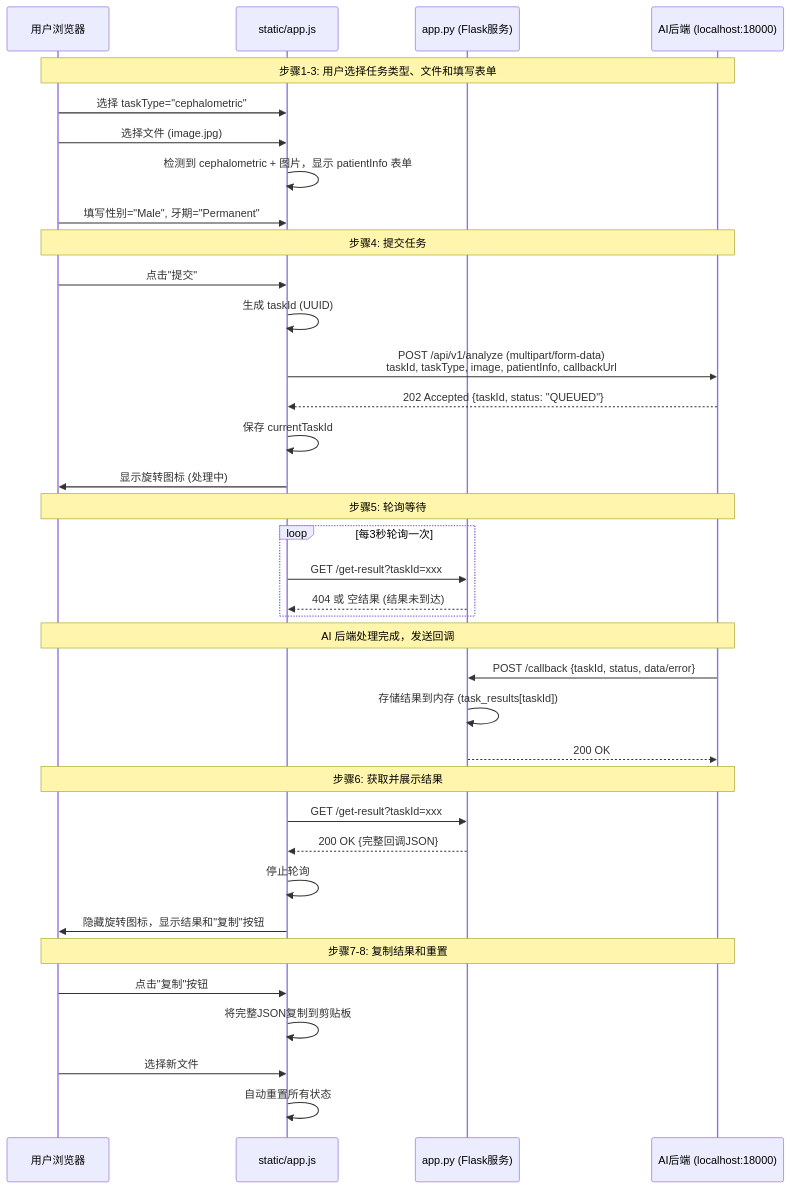
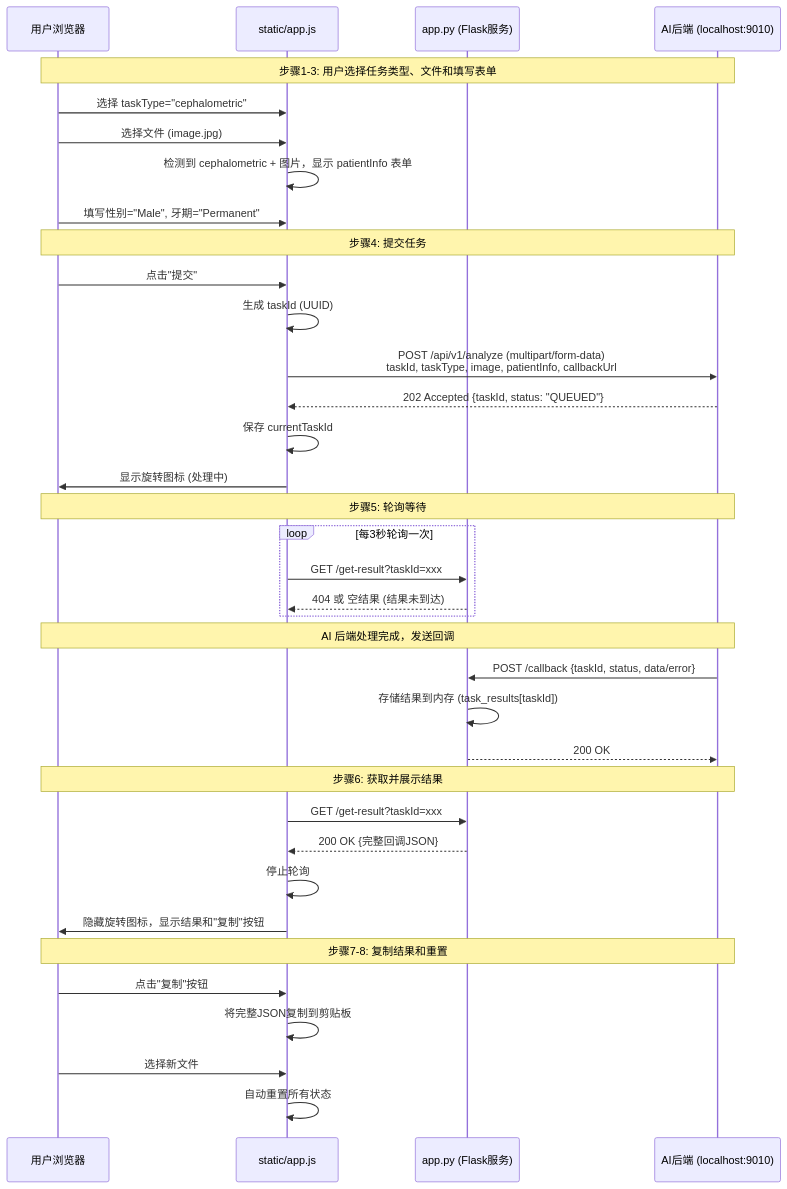
The first of 15 diagrams in web/Xray_web/vibe_coding/readme_frontend_mvp_lld.md (PRLab615/Xray-inference), drawn with Mermaid before and after one commit. The commit also changed other lines of this file and 16 other files, not shown here.

````diff
--- a/web/Xray_web/vibe_coding/readme_frontend_mvp_lld.md
+++ b/web/Xray_web/vibe_coding/readme_frontend_mvp_lld.md
@@ -35,44 +35,44 @@
 ```mermaid
 sequenceDiagram
     participant User as 用户浏览器
     participant Frontend as static/app.js
     participant Flask as app.py (Flask服务)
-    participant AIBackend as AI后端 (localhost:18000)
+    participant AIBackend as AI后端 (localhost:9010)
 
     Note over User,AIBackend: 步骤1-3: 用户选择任务类型、文件和填写表单
     User->>Frontend: 选择 taskType="cephalometric"
     User->>Frontend: 选择文件 (image.jpg)
     Frontend->>Frontend: 检测到 cephalometric + 图片，显示 patientInfo 表单
     User->>Frontend: 填写性别="Male", 牙期="Permanent"
 
     Note over User,AIBackend: 步骤4: 提交任务
     User->>Frontend: 点击"提交"
     Frontend->>Frontend: 生成 taskId (UUID)
     Frontend->>AIBackend: POST /api/v1/analyze (multipart/form-data)<br/>taskId, taskType, image, patientInfo, callbackUrl
     AIBackend-->>Frontend: 202 Accepted {taskId, status: "QUEUED"}
     Frontend->>Frontend: 保存 currentTaskId
     Frontend->>User: 显示旋转图标 (处理中)
 
     Note over User,AIBackend: 步骤5: 轮询等待
     loop 每3秒轮询一次
         Frontend->>Flask: GET /get-result?taskId=xxx
         Flask-->>Frontend: 404 或 空结果 (结果未到达)
     end
 
     Note over User,AIBackend: AI 后端处理完成，发送回调
     AIBackend->>Flask: POST /callback {taskId, status, data/error}
     Flask->>Flask: 存储结果到内存 (task_results[taskId])
     Flask-->>AIBackend: 200 OK
 
     Note over User,AIBackend: 步骤6: 获取并展示结果
     Frontend->>Flask: GET /get-result?taskId=xxx
     Flask-->>Frontend: 200 OK {完整回调JSON}
     Frontend->>Frontend: 停止轮询
     Frontend->>User: 隐藏旋转图标，显示结果和"复制"按钮
 
     Note over User,AIBackend: 步骤7-8: 复制结果和重置
     User->>Frontend: 点击"复制"按钮
     Frontend->>Frontend: 将完整JSON复制到剪贴板
     User->>Frontend: 选择新文件
     Frontend->>Frontend: 自动重置所有状态
 ```
````
